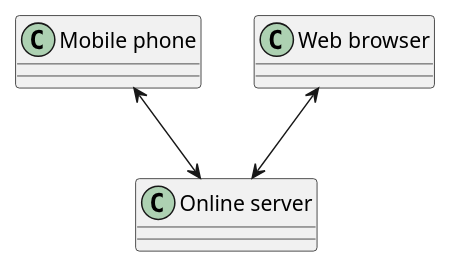
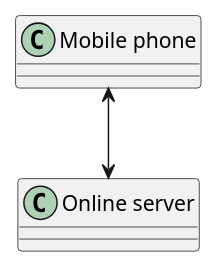
Before and after one commit to SoftengPoliTo/Lab2: the fourth of 5 diagrams in REQ_280096.md, drawn with PlantUML. The commit also changed other lines of this file, not shown here.

Commit message:
glossary notes insertion and removing web-browser compatibility

````diff
--- a/REQ_280096.md
+++ b/REQ_280096.md
@@ -235,7 +246,5 @@
 ```plantuml
 class "Mobile phone" as mp
-class "Web browser" as wb
-class "Online server" as os
-wb <--> os
+class "Online server" as os	
 mp <--> os
 ```
````
